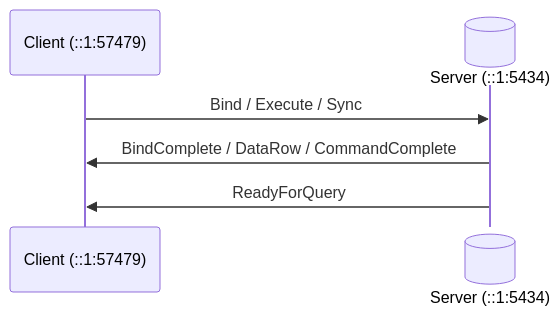
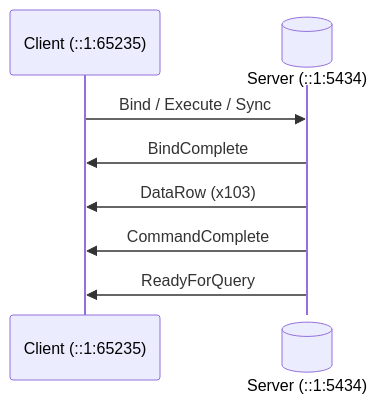
One commit to xfischer/pg_protoexport changed the fourth of 4 diagrams in docs/examples/exports/pagila-05-extended-query-named-prepared-statement/capture.mermaid.seq.md. Above: the diagram before and after it, drawn with Mermaid. The commit also changed other lines of this file and 135 other files, not shown here.

````diff
--- a/docs/examples/exports/pagila-05-extended-query-named-prepared-statement/capture.mermaid.seq.md
+++ b/docs/examples/exports/pagila-05-extended-query-named-prepared-statement/capture.mermaid.seq.md
@@ -29,8 +33,10 @@
 ```mermaid
 sequenceDiagram
-    participant C as Client (::1:57479)
+    participant C as Client (::1:65235)
     participant S@{ "type" : "database" } as Server (::1:5434)
     C->>S: Bind / Execute / Sync
-    S->>C: BindComplete / DataRow / CommandComplete
+    S->>C: BindComplete
+    S->>C: DataRow (x103)
+    S->>C: CommandComplete
     S->>C: ReadyForQuery
 ```
````
